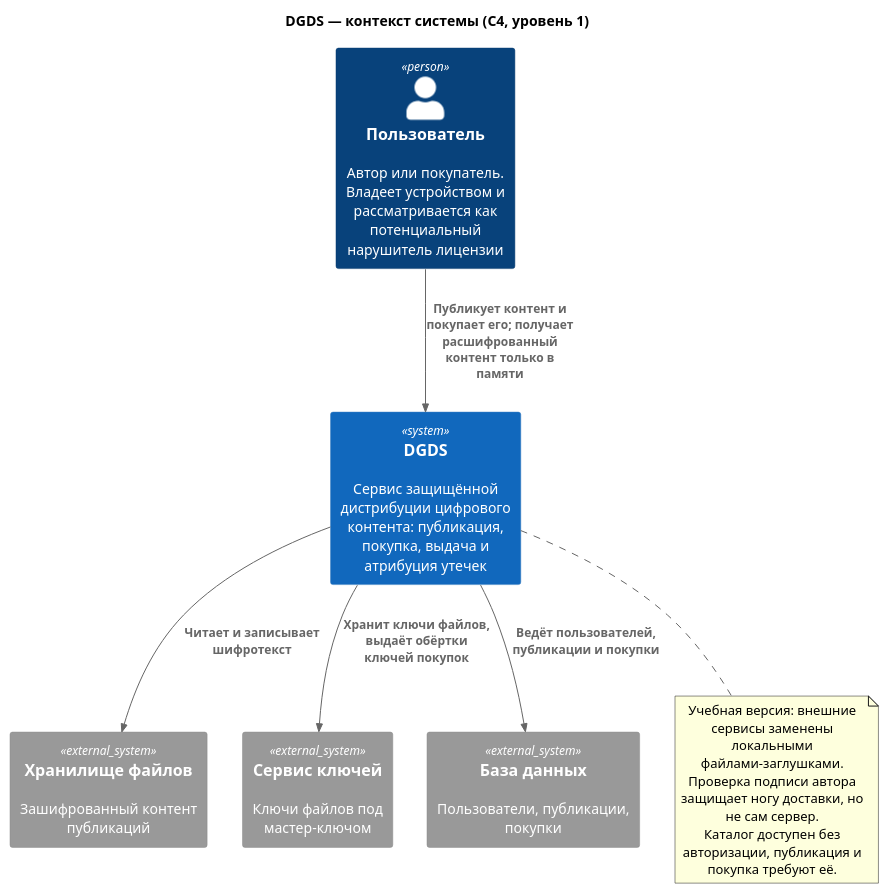
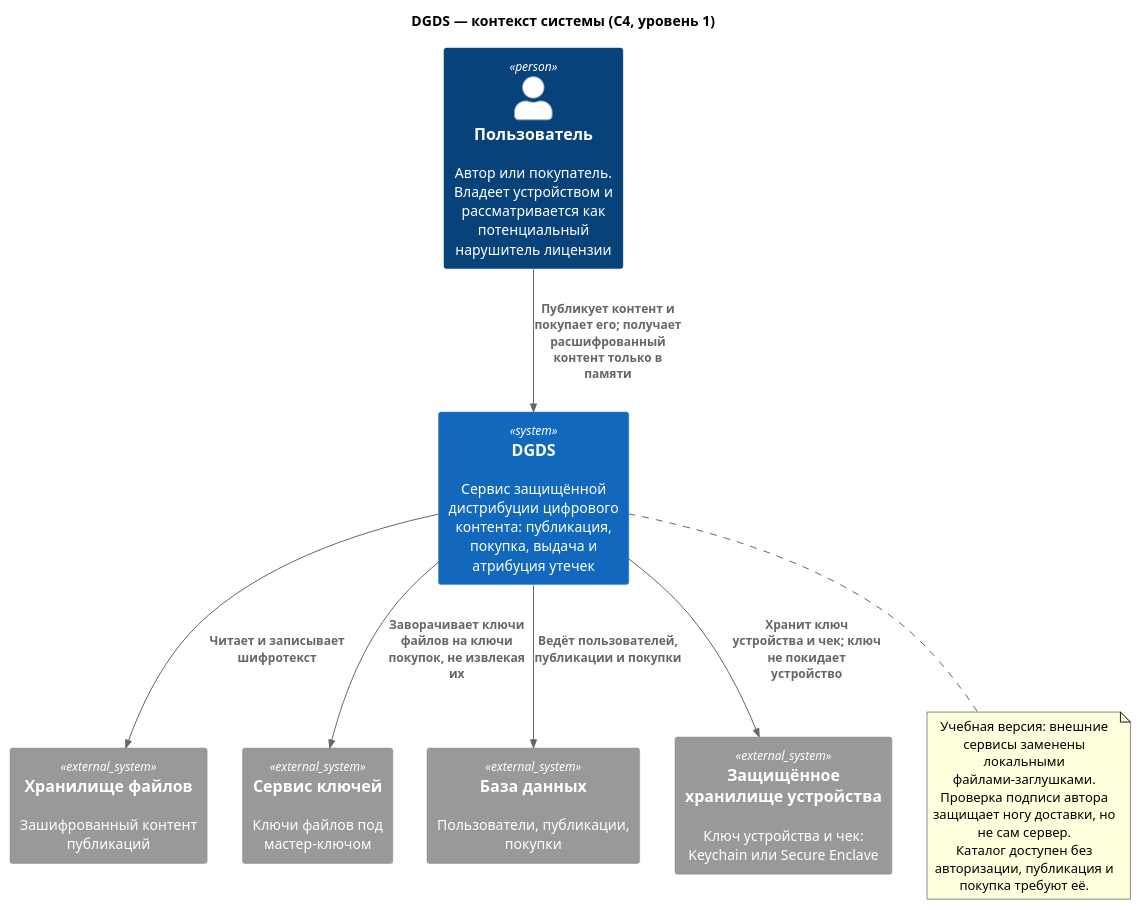
One commit to plushcube/dgds changed the diagram in docs/architecture/01-context.puml. Above: the diagram before and after it, drawn with PlantUML. The commit also changed 108 other files, not shown here.

```diff
--- a/docs/architecture/01-context.puml
+++ b/docs/architecture/01-context.puml
@@ -1,25 +1,27 @@
 @startuml
 !include <C4/C4_Context>
 
 title DGDS — контекст системы (C4, уровень 1)
 
 Person(user, "Пользователь", "Автор или покупатель. Владеет устройством и рассматривается как потенциальный нарушитель лицензии")
 
 System(dgds, "DGDS", "Сервис защищённой дистрибуции цифрового контента: публикация, покупка, выдача и атрибуция утечек")
 
 System_Ext(blobs, "Хранилище файлов", "Зашифрованный контент публикаций")
 System_Ext(keys, "Сервис ключей", "Ключи файлов под мастер-ключом")
 System_Ext(meta, "База данных", "Пользователи, публикации, покупки")
+System_Ext(devicekey, "Защищённое хранилище устройства", "Ключ устройства и чек: Keychain или Secure Enclave")
 
 Rel(user, dgds, "Публикует контент и покупает его; получает расшифрованный контент только в памяти")
 Rel(dgds, blobs, "Читает и записывает шифротекст")
-Rel(dgds, keys, "Хранит ключи файлов, выдаёт обёртки ключей покупок")
+Rel(dgds, keys, "Заворачивает ключи файлов на ключи покупок, не извлекая их")
 Rel(dgds, meta, "Ведёт пользователей, публикации и покупки")
+Rel(dgds, devicekey, "Хранит ключ устройства и чек; ключ не покидает устройство")
 
 note bottom of dgds
   Учебная версия: внешние сервисы заменены локальными файлами-заглушками.
   Проверка подписи автора защищает ногу доставки, но не сам сервер.
   Каталог доступен без авторизации, публикация и покупка требуют её.
 end note
 
 @enduml
```
